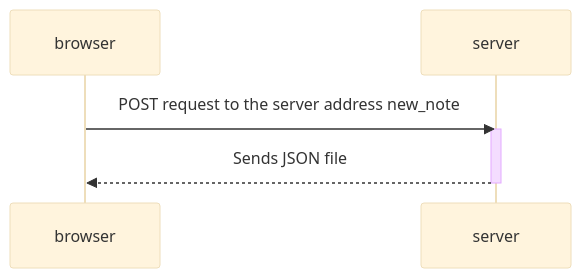
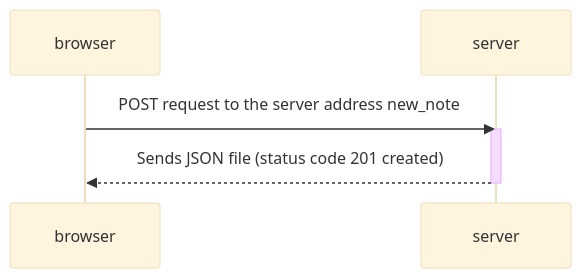
One commit to early-dew/FullStackOpen changed the diagram in Part0/0.5: Single page app diagram.md. Above: the diagram before and after it, drawn with Mermaid (base theme).

Commit message:
Update 0.5: Single page app diagram.md

````diff
--- a/Part0/0.5: Single page app diagram.md
+++ b/Part0/0.5: Single page app diagram.md
@@ -1,10 +1,10 @@
 ```mermaid
 sequenceDiagram
  participant browser
  participant server
  browser->>server: POST request to the server address new_note
  activate server
- server-->>browser: Sends JSON file
+ server-->>browser: Sends JSON file (status code 201 created)
  deactivate server
 
 ```
````
